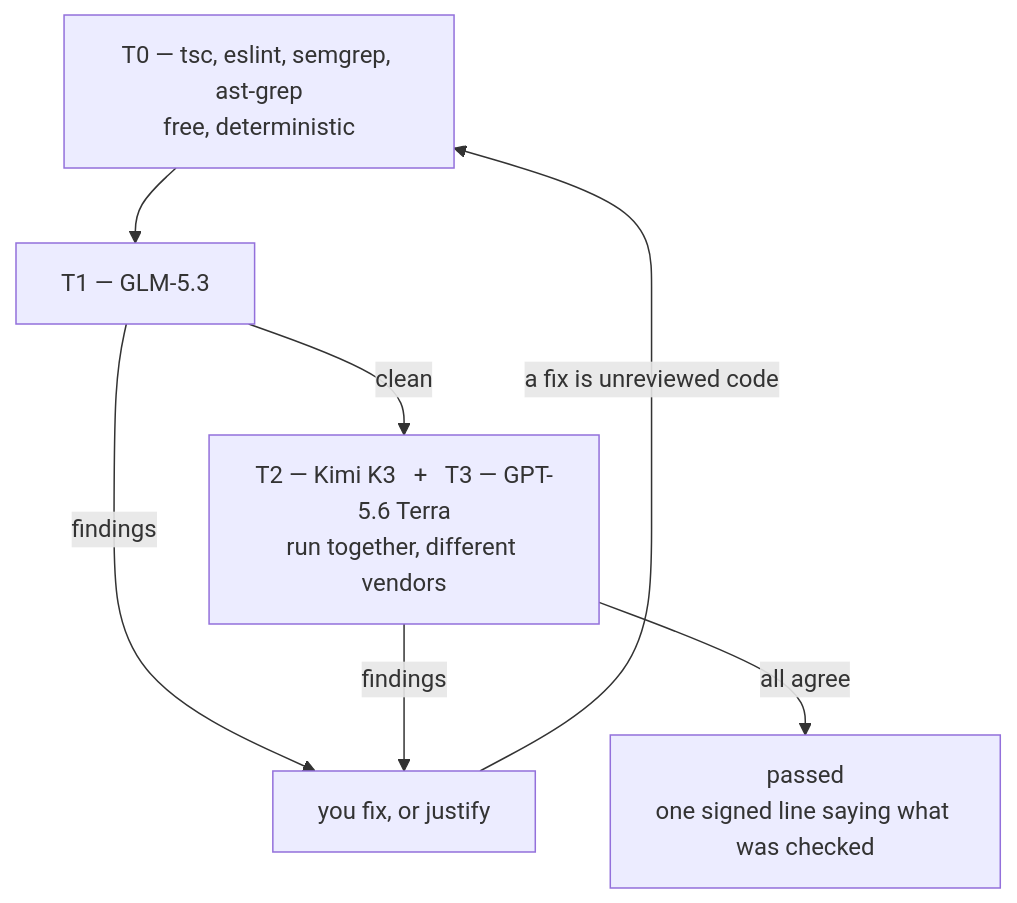
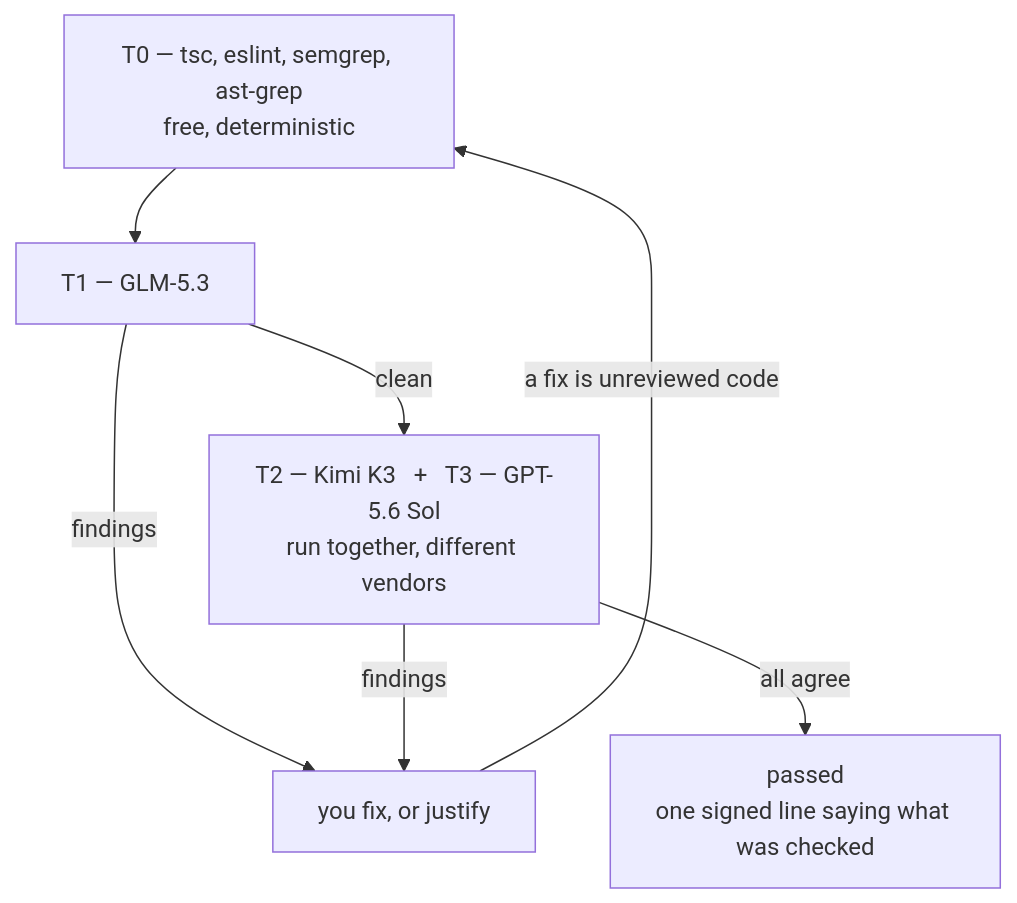
The second of 3 diagrams in README.md (Vany/lore), drawn with Mermaid before and after one commit. The commit also changed other lines of this file and 2 other files, not shown here.

````diff
--- a/README.md
+++ b/README.md
@@ -118,9 +118,9 @@
 ```mermaid
 flowchart TD
     T0["T0 — tsc, eslint, semgrep, ast-grep<br/>free, deterministic"] --> T1["T1 — GLM-5.3"]
     T1 -->|"findings"| FIX["you fix, or justify"]
     FIX -->|"a fix is unreviewed code"| T0
-    T1 -->|"clean"| DEEP["T2 — Kimi K3 &nbsp; + &nbsp; T3 — GPT-5.6 Terra<br/>run together, different vendors"]
+    T1 -->|"clean"| DEEP["T2 — Kimi K3 &nbsp; + &nbsp; T3 — GPT-5.6 Sol<br/>run together, different vendors"]
     DEEP -->|"findings"| FIX
     DEEP -->|"all agree"| P["passed<br/>one signed line saying what was checked"]
 ```
````
